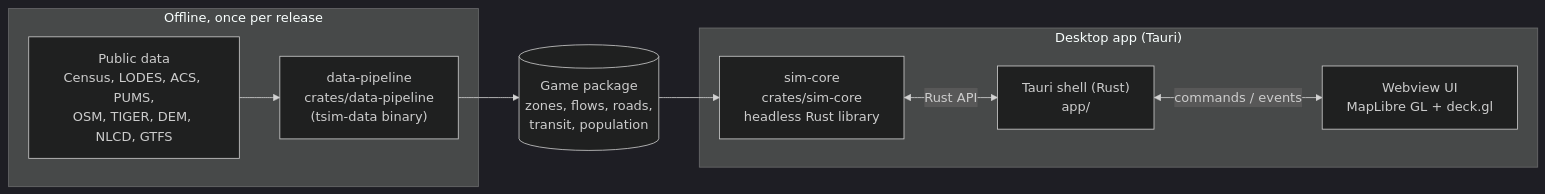
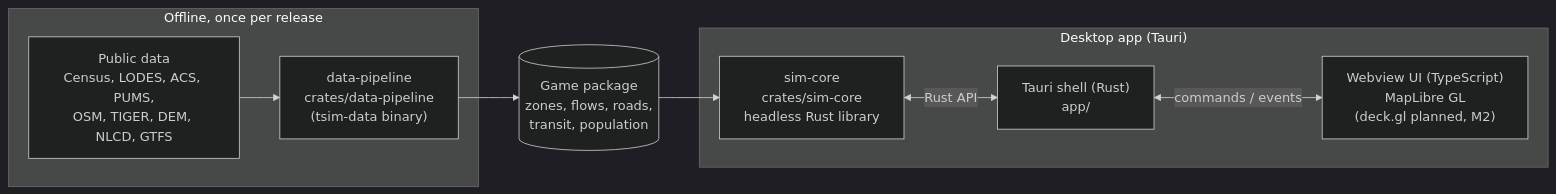
Before and after one commit to mr-gril-em-up/Transportation-Simulator: the diagram in docs/ARCHITECTURE.md, drawn with Mermaid (dark theme). The commit also changed other lines of this file and 4 other files, not shown here.

````diff
--- a/docs/ARCHITECTURE.md
+++ b/docs/ARCHITECTURE.md
@@ -13,18 +15,18 @@
 ```mermaid
 flowchart LR
     subgraph offline["Offline, once per release"]
         raw["Public data<br/>Census, LODES, ACS, PUMS,<br/>OSM, TIGER, DEM, NLCD, GTFS"]
         pipe["data-pipeline<br/>crates/data-pipeline<br/>(tsim-data binary)"]
         raw --> pipe
     end
     pkg[("Game package<br/>zones, flows, roads,<br/>transit, population")]
     pipe --> pkg
     subgraph app["Desktop app (Tauri)"]
         core["sim-core<br/>crates/sim-core<br/>headless Rust library"]
         shell["Tauri shell (Rust)<br/>app/"]
-        web["Webview UI<br/>MapLibre GL + deck.gl"]
+        web["Webview UI (TypeScript)<br/>MapLibre GL<br/>(deck.gl planned, M2)"]
         core <-->|"Rust API"| shell
         shell <-->|"commands / events"| web
     end
     pkg --> core
 ```
````
